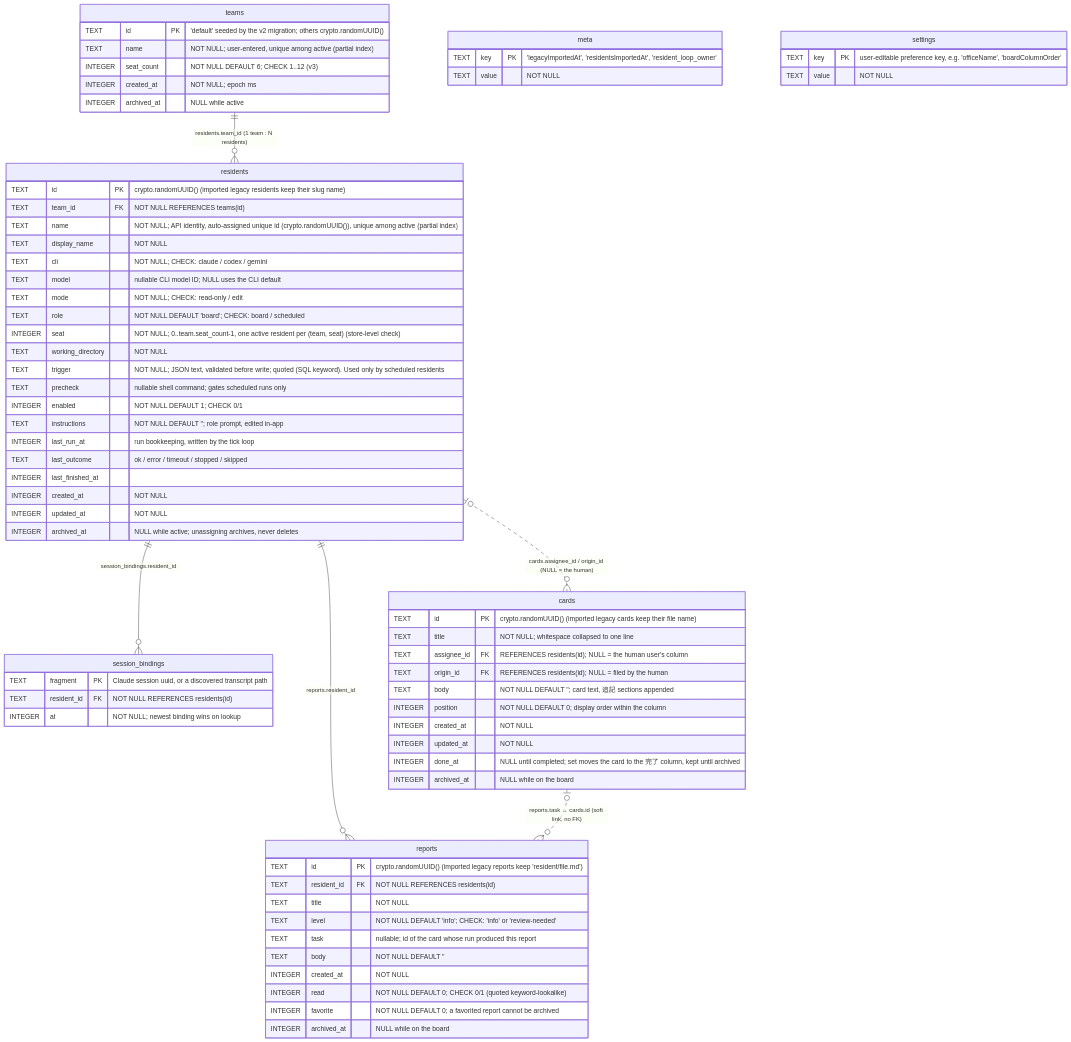
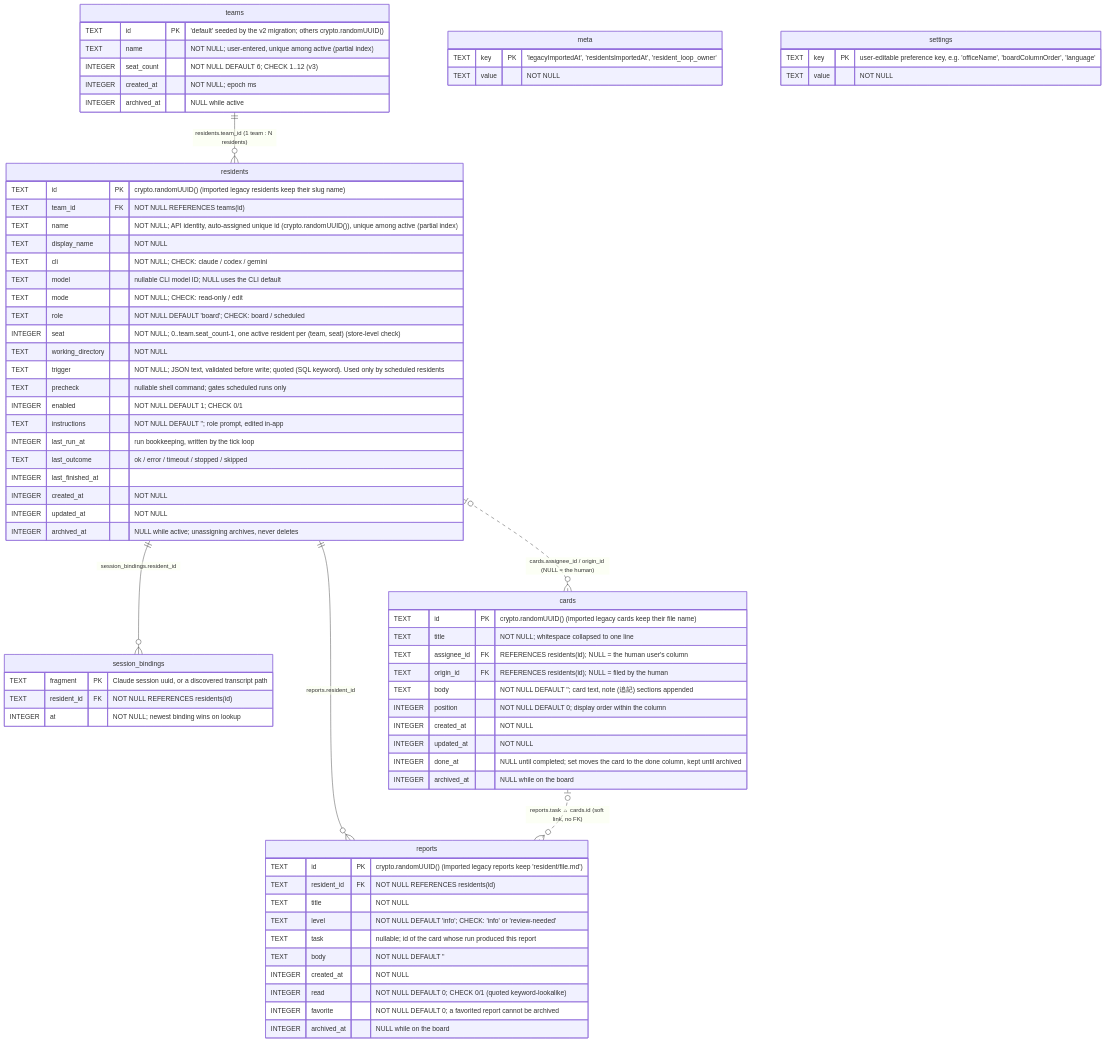
Before and after one commit to raihara3/ai-office: the diagram in docs/database.md, drawn with Mermaid. The commit also changed other lines of this file and 26 other files, not shown here.

First line of the commit message:
Add a JA/EN office language setting and an edit-mode permission warning

````diff
--- a/docs/database.md
+++ b/docs/database.md
@@ -11,81 +11,81 @@
 ```mermaid
 erDiagram
     teams ||--o{ residents : "residents.team_id (1 team : N residents)"
     residents ||--o{ session_bindings : "session_bindings.resident_id"
     residents |o..o{ cards : "cards.assignee_id / origin_id (NULL = the human)"
     residents ||--o{ reports : "reports.resident_id"
     cards |o..o{ reports : "reports.task → cards.id (soft link, no FK)"
 
     teams {
         TEXT    id          PK "'default' seeded by the v2 migration; others crypto.randomUUID()"
         TEXT    name           "NOT NULL; user-entered, unique among active (partial index)"
         INTEGER seat_count     "NOT NULL DEFAULT 6; CHECK 1..12 (v3)"
         INTEGER created_at     "NOT NULL; epoch ms"
         INTEGER archived_at    "NULL while active"
     }
 
     residents {
         TEXT    id                PK "crypto.randomUUID() (imported legacy residents keep their slug name)"
         TEXT    team_id           FK "NOT NULL REFERENCES teams(id)"
         TEXT    name              "NOT NULL; API identity, auto-assigned unique id (crypto.randomUUID()), unique among active (partial index)"
         TEXT    display_name      "NOT NULL"
         TEXT    cli               "NOT NULL; CHECK: claude / codex / gemini"
         TEXT    model             "nullable CLI model ID; NULL uses the CLI default"
         TEXT    mode              "NOT NULL; CHECK: read-only / edit"
         TEXT    role              "NOT NULL DEFAULT 'board'; CHECK: board / scheduled"
         INTEGER seat              "NOT NULL; 0..team.seat_count-1, one active resident per (team, seat) (store-level check)"
         TEXT    working_directory "NOT NULL"
         TEXT    trigger           "NOT NULL; JSON text, validated before write; quoted (SQL keyword). Used only by scheduled residents"
         TEXT    precheck          "nullable shell command; gates scheduled runs only"
         INTEGER enabled           "NOT NULL DEFAULT 1; CHECK 0/1"
         TEXT    instructions      "NOT NULL DEFAULT ''; role prompt, edited in-app"
         INTEGER last_run_at       "run bookkeeping, written by the tick loop"
         TEXT    last_outcome      "ok / error / timeout / stopped / skipped"
         INTEGER last_finished_at  ""
         INTEGER created_at        "NOT NULL"
         INTEGER updated_at        "NOT NULL"
         INTEGER archived_at       "NULL while active; unassigning archives, never deletes"
     }
 
     session_bindings {
         TEXT    fragment    PK "Claude session uuid, or a discovered transcript path"
         TEXT    resident_id FK "NOT NULL REFERENCES residents(id)"
         INTEGER at             "NOT NULL; newest binding wins on lookup"
     }
 
     cards {
         TEXT    id          PK "crypto.randomUUID() (imported legacy cards keep their file name)"
         TEXT    title          "NOT NULL; whitespace collapsed to one line"
         TEXT    assignee_id FK "REFERENCES residents(id); NULL = the human user's column"
         TEXT    origin_id   FK "REFERENCES residents(id); NULL = filed by the human"
-        TEXT    body           "NOT NULL DEFAULT ''; card text, 追記 sections appended"
+        TEXT    body           "NOT NULL DEFAULT ''; card text, note (追記) sections appended"
         INTEGER position       "NOT NULL DEFAULT 0; display order within the column"
         INTEGER created_at     "NOT NULL"
         INTEGER updated_at     "NOT NULL"
-        INTEGER done_at        "NULL until completed; set moves the card to the 完了 column, kept until archived"
+        INTEGER done_at        "NULL until completed; set moves the card to the done column, kept until archived"
         INTEGER archived_at    "NULL while on the board"
     }
 
     reports {
         TEXT    id          PK "crypto.randomUUID() (imported legacy reports keep 'resident/file.md')"
         TEXT    resident_id FK "NOT NULL REFERENCES residents(id)"
         TEXT    title          "NOT NULL"
         TEXT    level          "NOT NULL DEFAULT 'info'; CHECK: 'info' or 'review-needed'"
         TEXT    task           "nullable; id of the card whose run produced this report"
         TEXT    body           "NOT NULL DEFAULT ''"
         INTEGER created_at     "NOT NULL"
         INTEGER read           "NOT NULL DEFAULT 0; CHECK 0/1 (quoted keyword-lookalike)"
         INTEGER favorite       "NOT NULL DEFAULT 0; a favorited report cannot be archived"
         INTEGER archived_at    "NULL while on the board"
     }
 
     meta {
         TEXT key   PK "'legacyImportedAt', 'residentsImportedAt', 'resident_loop_owner'"
         TEXT value    "NOT NULL"
     }
 
     settings {
-        TEXT key   PK "user-editable preference key, e.g. 'officeName', 'boardColumnOrder'"
+        TEXT key   PK "user-editable preference key, e.g. 'officeName', 'boardColumnOrder', 'language'"
         TEXT value    "NOT NULL"
     }
 ```
````
